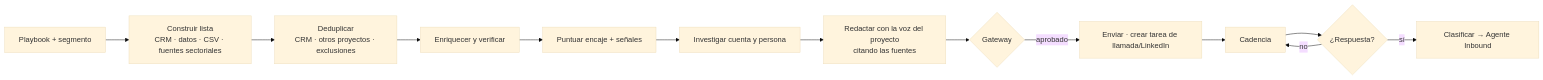
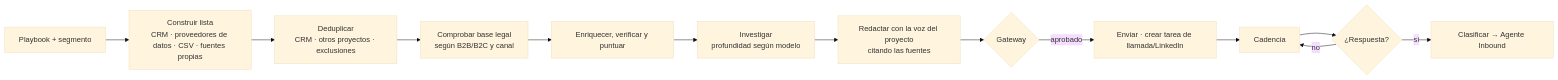
Before and after one commit to fredibaques/salesmate: the second of 5 diagrams in docs/PLAN.md, drawn with Mermaid (base theme). The commit also changed other lines of this file and 1 other file, not shown here.

````diff
--- a/docs/PLAN.md
+++ b/docs/PLAN.md
@@ -331,15 +368,15 @@
 ```mermaid
 flowchart LR
-    A[Playbook + segmento] --> B[Construir lista<br/>CRM · datos · CSV · fuentes sectoriales]
+    A[Playbook + segmento] --> B[Construir lista<br/>CRM · proveedores de datos · CSV · fuentes propias]
     B --> C[Deduplicar<br/>CRM · otros proyectos · exclusiones]
-    C --> D[Enriquecer y verificar]
-    D --> E[Puntuar encaje + señales]
-    E --> F[Investigar cuenta y persona]
+    C --> D[Comprobar base legal<br/>según B2B/B2C y canal]
+    D --> E[Enriquecer, verificar y puntuar]
+    E --> F[Investigar<br/>profundidad según modelo]
     F --> G[Redactar con la voz del proyecto<br/>citando las fuentes]
     G --> H{Gateway}
     H -->|aprobado| I[Enviar · crear tarea de llamada/LinkedIn]
     I --> J[Cadencia]
     J --> K{¿Respuesta?}
     K -->|sí| L[Clasificar → Agente Inbound]
     K -->|no| J
 ```
````
